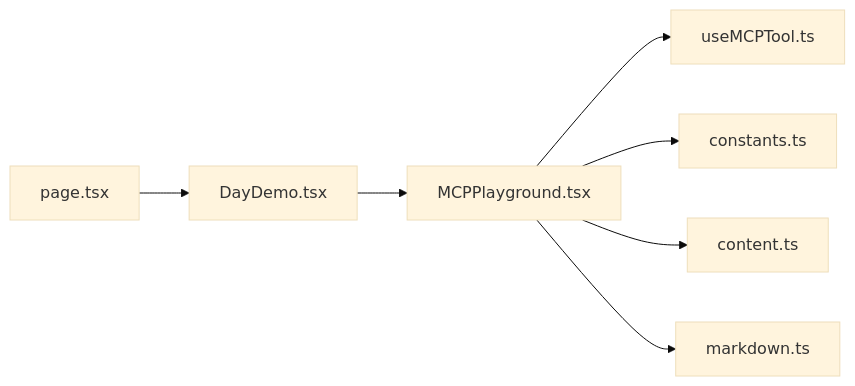
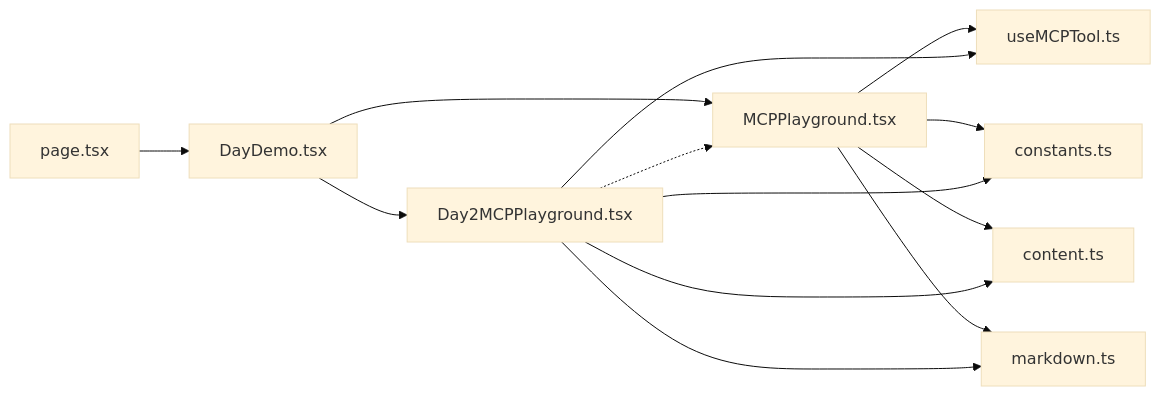
The third of 3 diagrams in .qoder/repowiki/zh/content/UI组件/MCPPlayground组件.md (Leslie-Chuan/classic-example), drawn with Mermaid (base theme) before and after one commit. The commit also changed other lines of this file and 41 other files, not shown here.

````diff
--- a/.qoder/repowiki/zh/content/UI组件/MCPPlayground组件.md
+++ b/.qoder/repowiki/zh/content/UI组件/MCPPlayground组件.md
@@ -202,9 +311,15 @@
 ```mermaid
 graph LR
 P["page.tsx"] --> D["DayDemo.tsx"]
 D --> M["MCPPlayground.tsx"]
+D --> M2["Day2MCPPlayground.tsx"]
 M --> H["useMCPTool.ts"]
+M2 --> H
 M --> C["constants.ts"]
+M2 --> C
 M --> N["content.ts"]
+M2 --> N
 M --> MD["markdown.ts"]
+M2 --> MD
+M2 -.-> M
 ```
````
